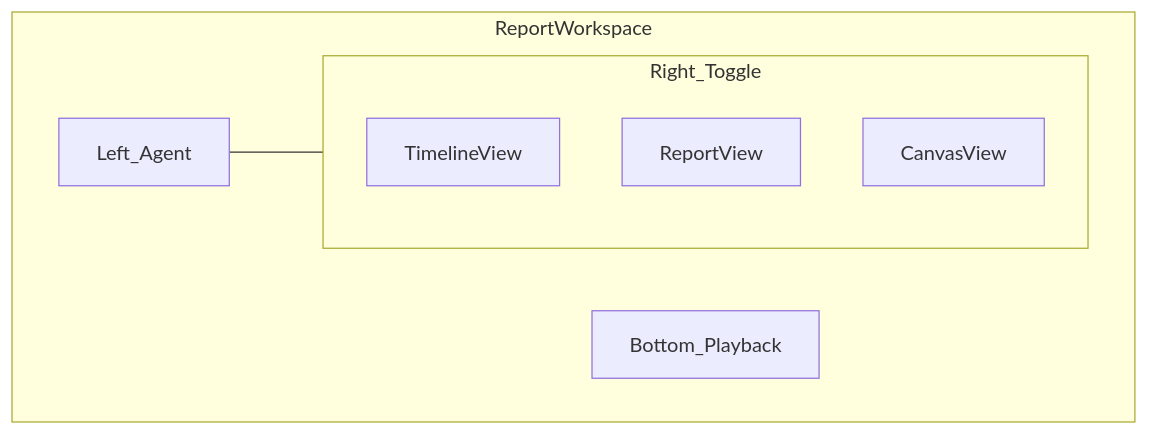
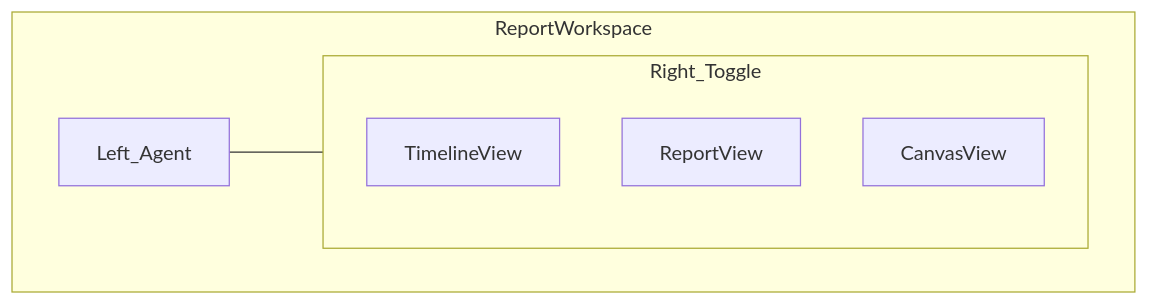
Before and after one commit to saadbenryane/FixFlags: the diagram in docs/workspace-interface.md, drawn with Mermaid. The commit also changed other lines of this file and 84 other files, not shown here.

````diff
--- a/docs/workspace-interface.md
+++ b/docs/workspace-interface.md
@@ -20,13 +20,12 @@
 ```mermaid
 flowchart TB
   subgraph workspace [ReportWorkspace]
     Agent[Left_Agent]
     subgraph right [Right_Toggle]
       TimelineView[TimelineView]
       ReportView[ReportView]
       CanvasView[CanvasView]
     end
-    Playback[Bottom_Playback]
   end
   Agent --- right
 ```
````
